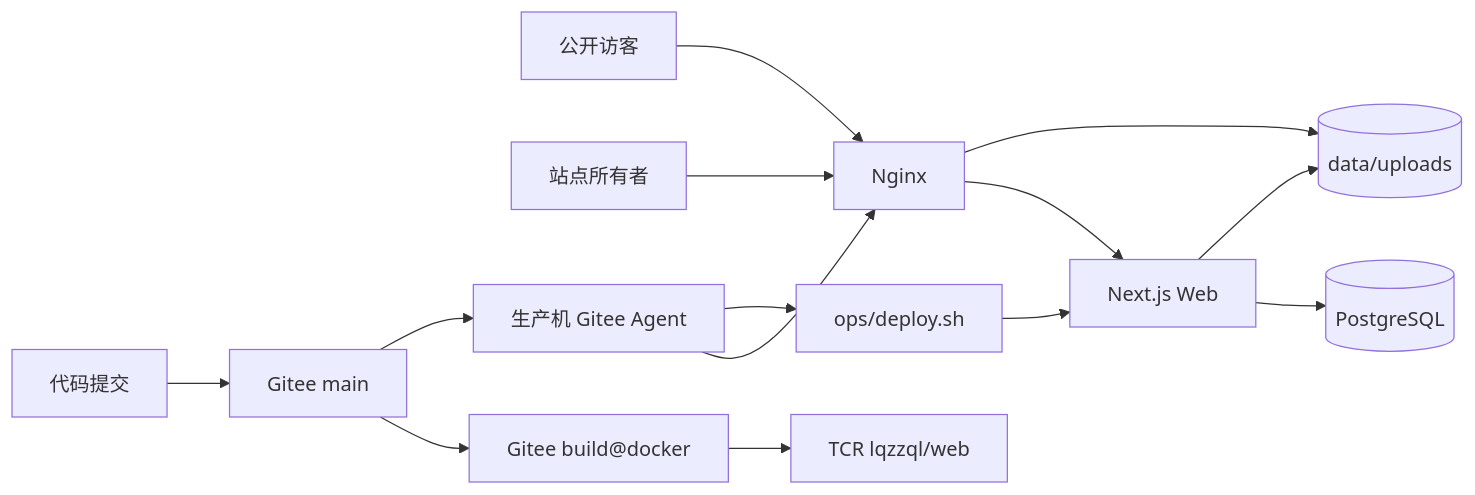
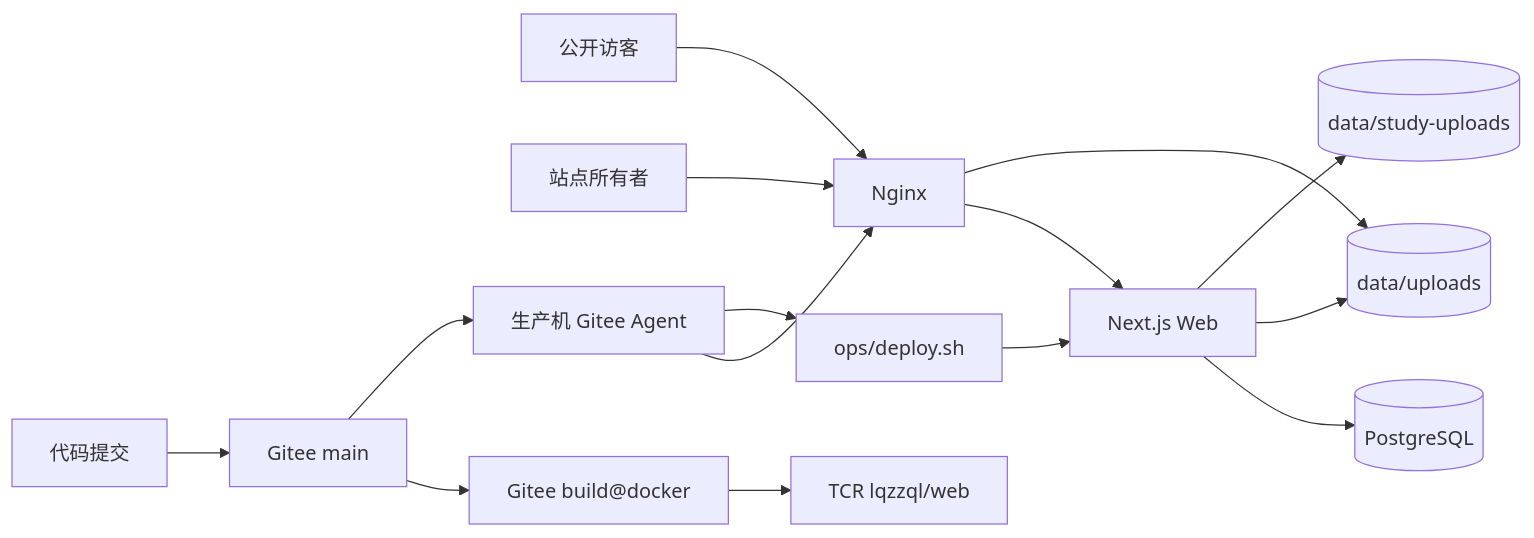
The first of 2 diagrams in docs/architecture.md (666666999999666/Site), drawn with Mermaid before and after one commit. The commit also changed other lines of this file and 164 other files, not shown here.

````diff
--- a/docs/architecture.md
+++ b/docs/architecture.md
@@ -19,17 +19,18 @@
 ```mermaid
 flowchart LR
     Visitor[公开访客] --> Nginx
     Owner[站点所有者] --> Nginx
     Agent[Cursor / Claude / Trae] --> Nginx
     Nginx --> Web[Next.js Web]
     Web --> DB[(PostgreSQL)]
     Web --> Uploads[(data/uploads)]
+    Web --> StudyUploads[(data/study-uploads)]
     Nginx --> Uploads
 
     Developer[代码提交] --> Gitee[Gitee main]
     Gitee --> Builder[Gitee build@docker]
     Builder --> TCR[TCR lqzzql/web]
     Gitee --> Agent[生产机 Gitee Agent]
     Agent --> Deploy[ops/deploy.sh]
     Deploy --> Web
 ```
````
